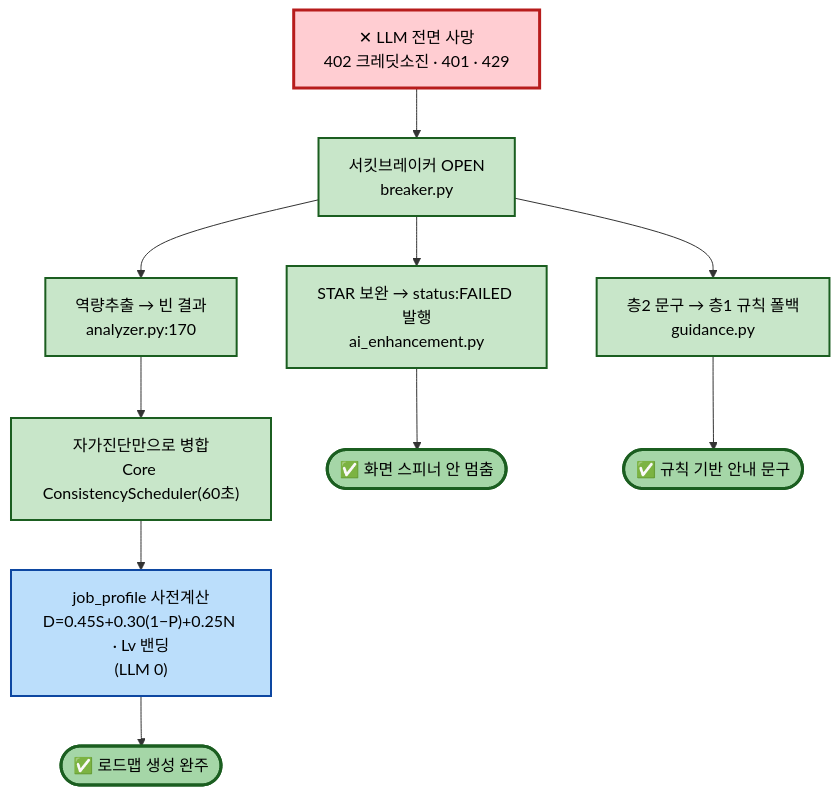
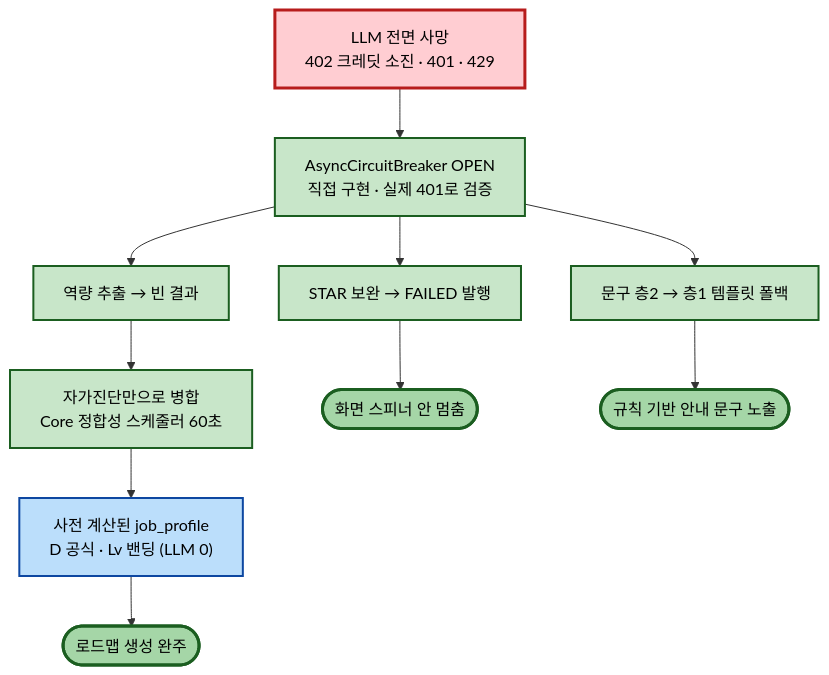
The third of 3 diagrams in docs/ai-pipeline.md (myith-sw/myith-worker), drawn with Mermaid before and after one commit. The commit also changed other lines of this file, not shown here.

First line of the commit message:
docs: ai-pipeline 다이어그램 3장 교체 — 판독성 단순화(그림1) + 가드 깔때기 정리(그림2) + 장애주입 강화(그림3)

````diff
--- a/docs/ai-pipeline.md
+++ b/docs/ai-pipeline.md
@@ -102,17 +84,21 @@
 ```mermaid
-flowchart TD
-    DEAD["✕ LLM 전면 사망<br/>402 크레딧소진 · 401 · 429"]:::dead --> BRK["서킷브레이커 OPEN<br/>breaker.py"]:::fb
-    BRK --> EX["역량추출 → 빈 결과<br/>analyzer.py:170"]:::fb
-    EX --> SELF["자가진단만으로 병합<br/>Core ConsistencyScheduler(60초)"]:::fb
-    SELF --> DET["job_profile 사전계산<br/>D=0.45S+0.30(1−P)+0.25N · Lv 밴딩<br/>(LLM 0)"]:::det
-    DET --> DONE(["✅ 로드맵 생성 완주"]):::done
-    BRK --> STAR["STAR 보완 → status:FAILED 발행<br/>ai_enhancement.py"]:::fb
-    STAR --> SDONE(["✅ 화면 스피너 안 멈춤"]):::done
-    BRK --> G["층2 문구 → 층1 규칙 폴백<br/>guidance.py"]:::fb
-    G --> GDONE(["✅ 규칙 기반 안내 문구"]):::done
+flowchart TB
+    DEAD["LLM 전면 사망<br/>402 크레딧 소진 · 401 · 429"]:::dead
+    DEAD --> BRK["AsyncCircuitBreaker OPEN<br/>직접 구현 · 실제 401로 검증"]:::fb
 
-    classDef dead fill:#ffcdd2,stroke:#b71c1c,stroke-width:3px,color:#000;
-    classDef fb fill:#c8e6c9,stroke:#1b5e20,stroke-width:2px,color:#000;
-    classDef det fill:#bbdefb,stroke:#0d47a1,stroke-width:2px,color:#000;
-    classDef done fill:#a5d6a7,stroke:#1b5e20,stroke-width:3px,color:#000;
+    BRK --> EX["역량 추출 → 빈 결과"]:::fb
+    EX --> SELF["자가진단만으로 병합<br/>Core 정합성 스케줄러 60초"]:::fb
+    SELF --> DET["사전 계산된 job_profile<br/>D 공식 · Lv 밴딩 (LLM 0)"]:::det
+    DET --> DONE(["로드맵 생성 완주"]):::done
+
+    BRK --> STAR["STAR 보완 → FAILED 발행"]:::fb
+    STAR --> SDONE(["화면 스피너 안 멈춤"]):::done
+
+    BRK --> G["문구 층2 → 층1 템플릿 폴백"]:::fb
+    G --> GDONE(["규칙 기반 안내 문구 노출"]):::done
+
+    classDef dead fill:#ffcdd2,stroke:#b71c1c,stroke-width:3px,color:#000
+    classDef fb fill:#c8e6c9,stroke:#1b5e20,stroke-width:2px,color:#000
+    classDef det fill:#bbdefb,stroke:#0d47a1,stroke-width:2px,color:#000
+    classDef done fill:#a5d6a7,stroke:#1b5e20,stroke-width:3px,color:#000
 ```
````
